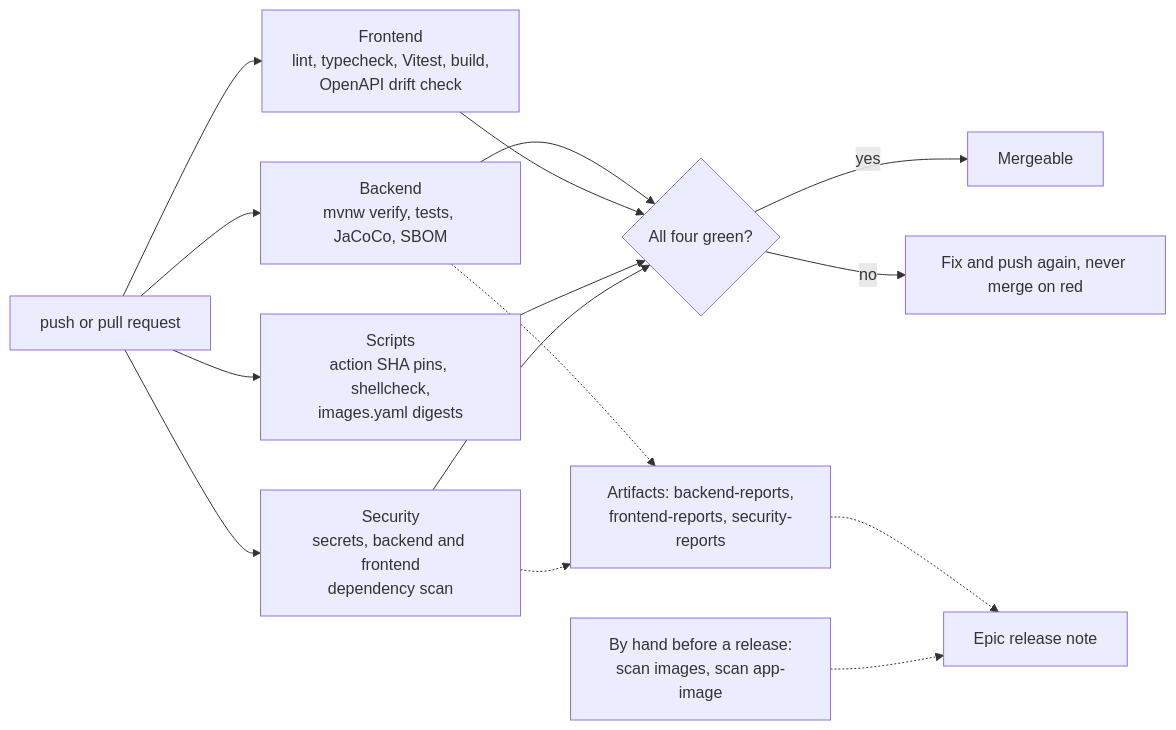
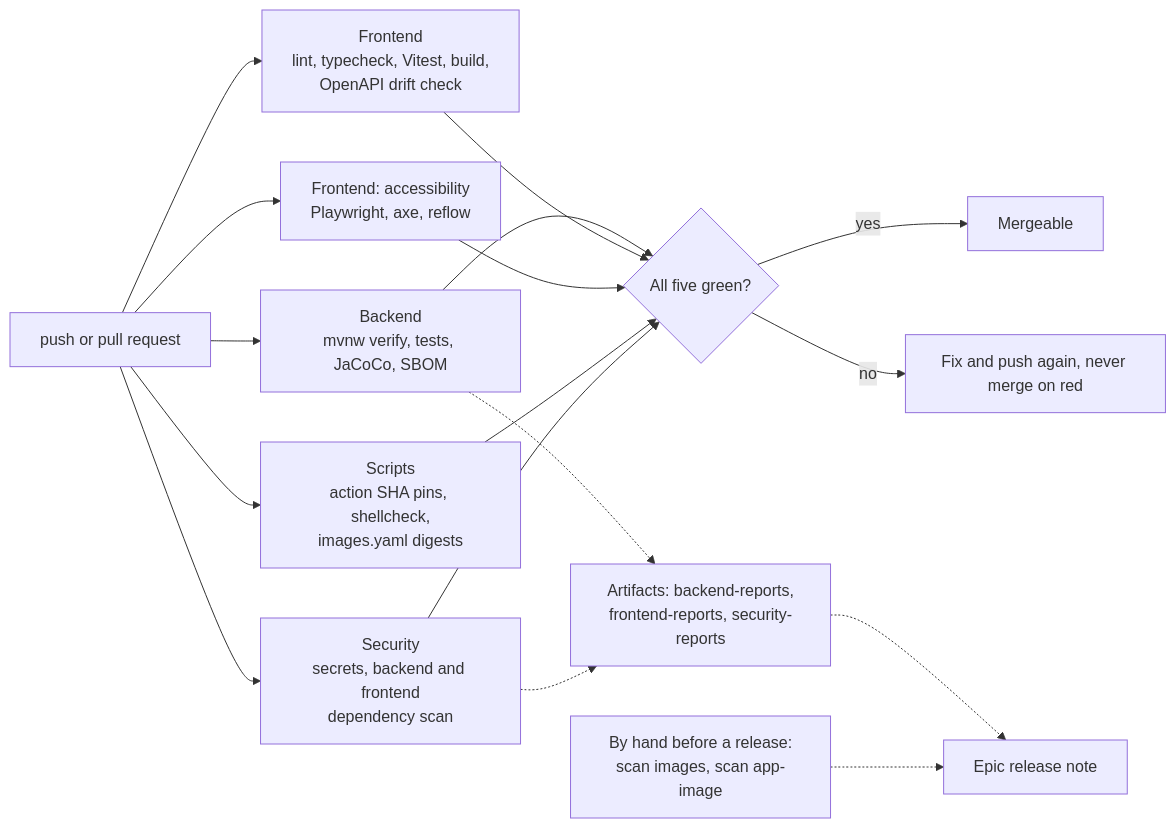
Before and after one commit to yebbah/little-steps: the fifth of 8 diagrams in docs/workflow.md, drawn with Mermaid. The commit also changed 24 other files, not shown here.

Commit message:
feat: Story 2.7 responsive reflow and accessibility test harness (#41)

````diff
--- a/docs/workflow.md
+++ b/docs/workflow.md
@@ -90,17 +90,19 @@
 ```mermaid
 flowchart LR
   E["push or pull request"] --> J1["Backend<br/>mvnw verify, tests, JaCoCo, SBOM"]
   E --> J2["Frontend<br/>lint, typecheck, Vitest, build,<br/>OpenAPI drift check"]
+  E --> JA["Frontend: accessibility<br/>Playwright, axe, reflow"]
   E --> J3["Scripts<br/>action SHA pins, shellcheck,<br/>images.yaml digests"]
   E --> J4["Security<br/>secrets, backend and frontend<br/>dependency scan"]
-  J1 --> G{"All four green?"}
+  J1 --> G{"All five green?"}
   J2 --> G
+  JA --> G
   J3 --> G
   J4 --> G
   G -- "yes" --> OK["Mergeable"]
   G -- "no" --> NO["Fix and push again, never merge on red"]
   J1 -.-> ART["Artifacts: backend-reports,<br/>frontend-reports, security-reports"]
   J4 -.-> ART
   ART -.-> RN["Epic release note"]
   MAN["By hand before a release:<br/>scan images, scan app-image"] -.-> RN
 ```
````
